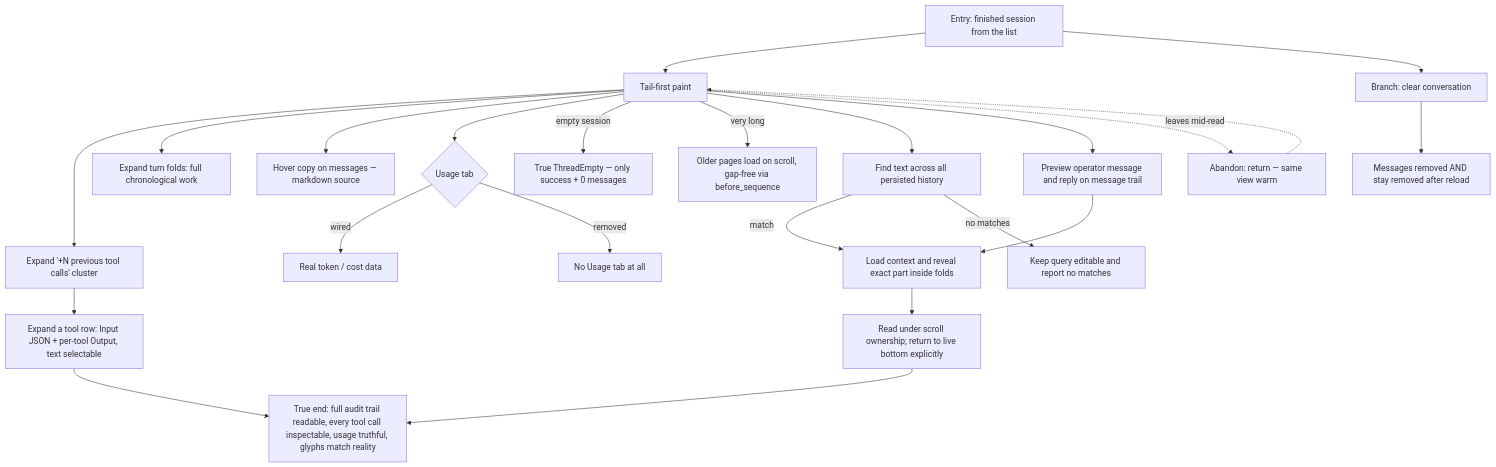
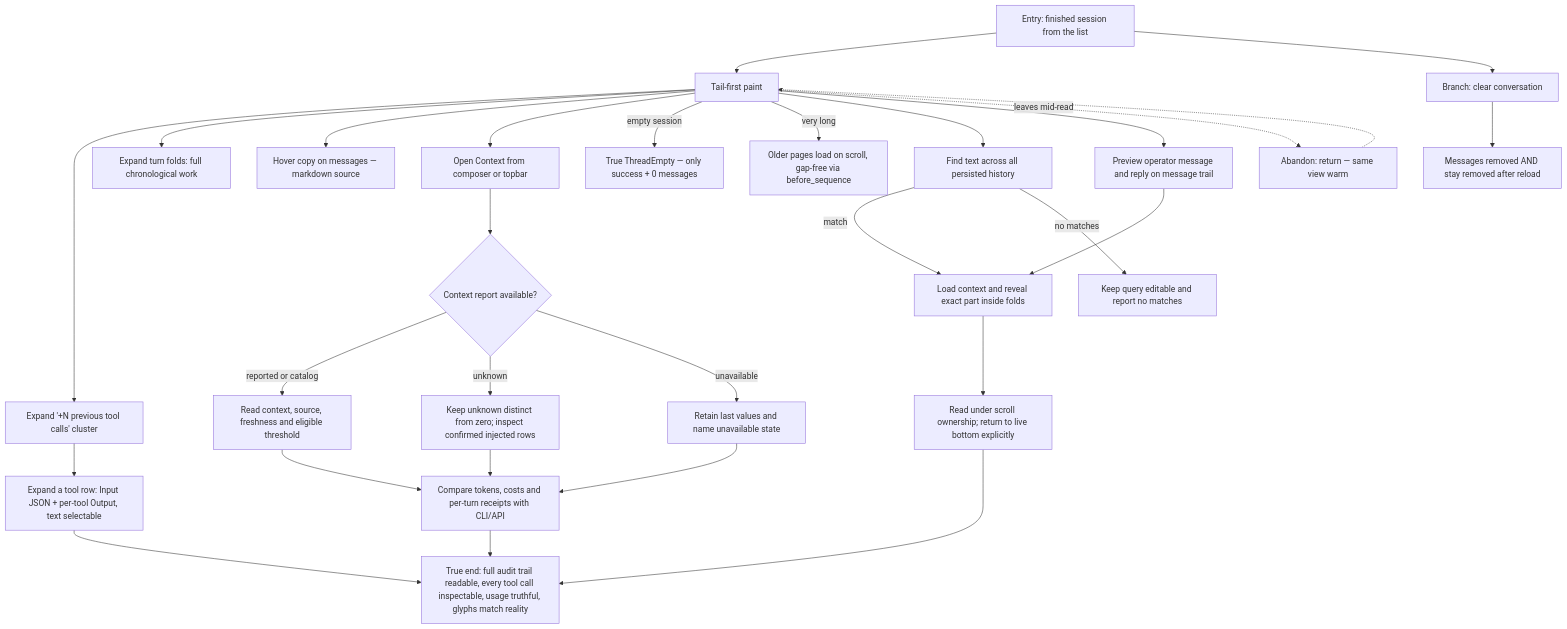
Before and after one commit to compozy/compozy: the diagram in docs/qa/journeys/J-14-read-a-finished-transcript.md, drawn with Mermaid. The commit also changed other lines of this file and 224 other files, not shown here.

First line of the commit message:
feat: show session context and confirmed prompt deliveries (#635)

````diff
--- a/docs/qa/journeys/J-14-read-a-finished-transcript.md
+++ b/docs/qa/journeys/J-14-read-a-finished-transcript.md
@@ -5,25 +5,31 @@
 ```mermaid
 flowchart TD
     E[Entry: finished session from the list] --> T[Tail-first paint]
     T --> G[Expand '+N previous tool calls' cluster]
     G --> IO[Expand a tool row: Input JSON + per-tool Output, text selectable]
     T --> FLD[Expand turn folds: full chronological work]
     T --> CP[Hover copy on messages — markdown source]
-    T --> US{Usage tab}
-    US -->|wired| USD[Real token / cost data]
-    US -->|removed| USN[No Usage tab at all]
+    T --> US[Open Context from composer or topbar]
+    US --> CT{Context report available?}
+    CT -->|reported or catalog| USD[Read context, source, freshness and eligible threshold]
+    CT -->|unknown| UNK[Keep unknown distinct from zero; inspect confirmed injected rows]
+    CT -->|unavailable| UNA[Retain last values and name unavailable state]
+    USD --> REC[Compare tokens, costs and per-turn receipts with CLI/API]
+    UNK --> REC
+    UNA --> REC
+    REC --> TE
     T -->|empty session| EMP[True ThreadEmpty — only success + 0 messages]
     T -->|very long| PG[Older pages load on scroll, gap-free via before_sequence]
     T --> FIND[Find text across all persisted history]
     FIND -->|match| LAND[Load context and reveal exact part inside folds]
     FIND -->|no matches| NONE[Keep query editable and report no matches]
     T --> TRAIL[Preview operator message and reply on message trail]
     TRAIL --> LAND
     LAND --> LIVE[Read under scroll ownership; return to live bottom explicitly]
     LIVE --> TE
     E --> CLR[Branch: clear conversation]
     CLR --> CLR2[Messages removed AND stay removed after reload]
     T -.->|leaves mid-read| AB[Abandon: return — same view warm]
     AB -.-> T
     IO --> TE[True end: full audit trail readable, every tool call inspectable, usage truthful, glyphs match reality]
 ```
````
